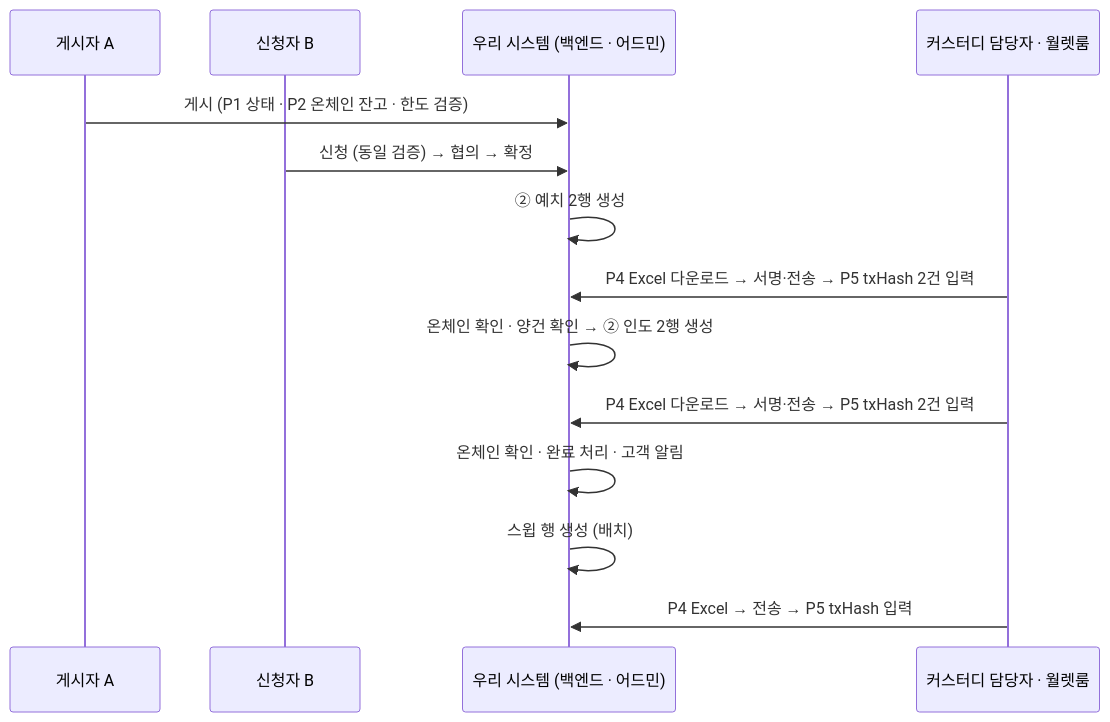
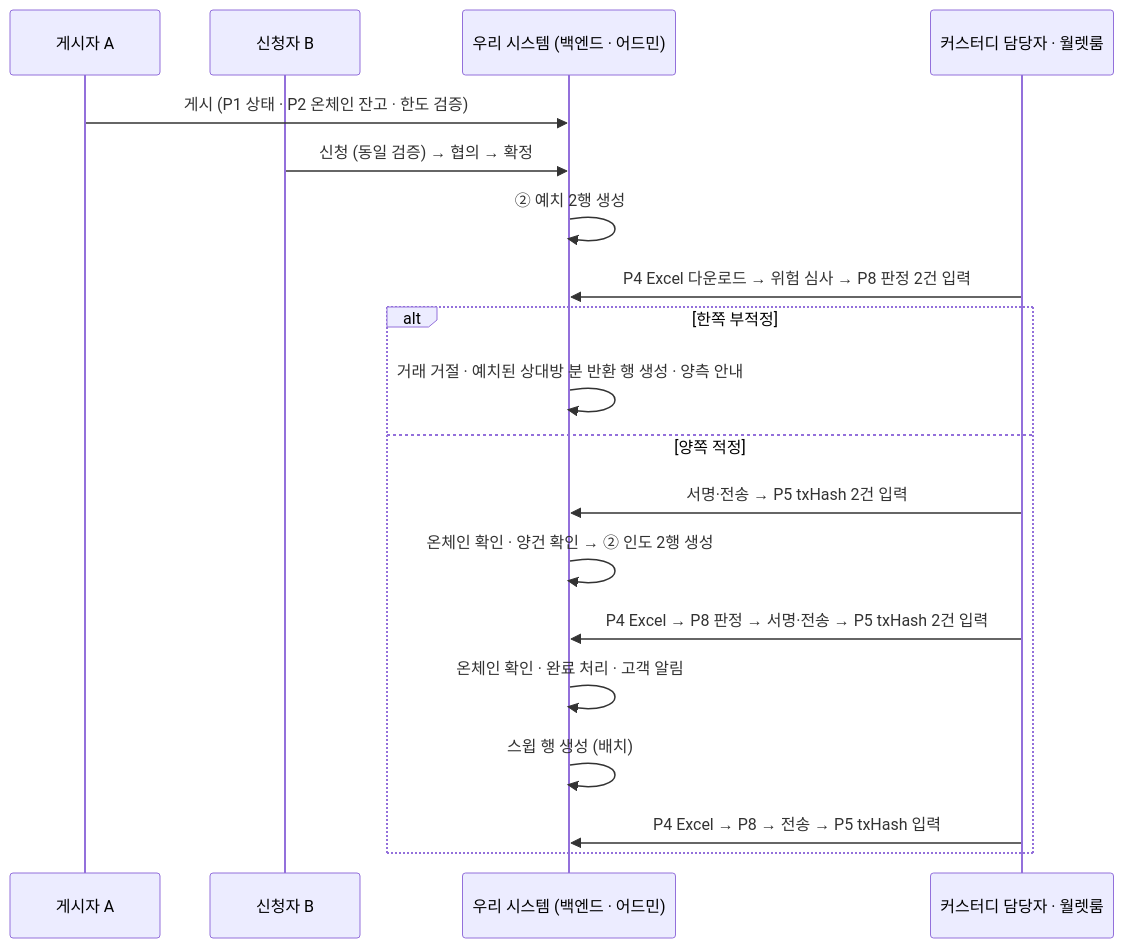
Before and after one commit to dsrvlabs/dsrv-desk: the fourth of 7 diagrams in drafts/36_플랫폼_커스터디_연동_범위_설명자료.md, drawn with Mermaid. The commit also changed other lines of this file and 1 other file, not shown here.

Commit message:
drafts/36 v3: P8 거래 위험 판정(집행 전 블랙리스트·KYT 심사 결과 → 어드민 행별 적정/보완/부적정 입력) 추가, 행 상태 전이·반환 행·고객 안내·D4·Q10 · drafts/35 v3 메모

````diff
--- a/drafts/36_플랫폼_커스터디_연동_범위_설명자료.md
+++ b/drafts/36_플랫폼_커스터디_연동_범위_설명자료.md
@@ -140,16 +153,21 @@
 ```mermaid
 sequenceDiagram
   participant A as 게시자 A
   participant B as 신청자 B
   participant S as 우리 시스템 (백엔드 · 어드민)
   participant K as 커스터디 담당자 · 월렛룸
   A->>S: 게시 (P1 상태 · P2 온체인 잔고 · 한도 검증)
   B->>S: 신청 (동일 검증) → 협의 → 확정
   S->>S: ② 예치 2행 생성
-  K->>S: P4 Excel 다운로드 → 서명·전송 → P5 txHash 2건 입력
-  S->>S: 온체인 확인 · 양건 확인 → ② 인도 2행 생성
-  K->>S: P4 Excel 다운로드 → 서명·전송 → P5 txHash 2건 입력
-  S->>S: 온체인 확인 · 완료 처리 · 고객 알림
-  S->>S: 스윕 행 생성 (배치)
-  K->>S: P4 Excel → 전송 → P5 txHash 입력
+  K->>S: P4 Excel 다운로드 → 위험 심사 → P8 판정 2건 입력
+  alt 한쪽 부적정
+    S->>S: 거래 거절 · 예치된 상대방 분 반환 행 생성 · 양측 안내
+  else 양쪽 적정
+    K->>S: 서명·전송 → P5 txHash 2건 입력
+    S->>S: 온체인 확인 · 양건 확인 → ② 인도 2행 생성
+    K->>S: P4 Excel → P8 판정 → 서명·전송 → P5 txHash 2건 입력
+    S->>S: 온체인 확인 · 완료 처리 · 고객 알림
+    S->>S: 스윕 행 생성 (배치)
+    K->>S: P4 Excel → P8 → 전송 → P5 txHash 입력
+  end
 ```
````
